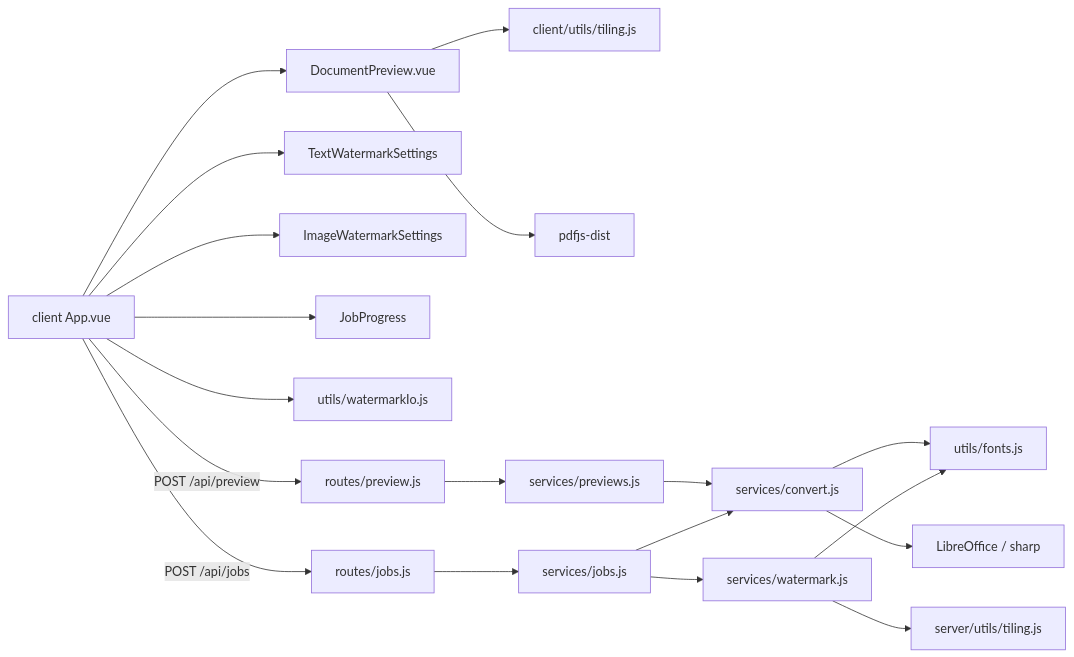
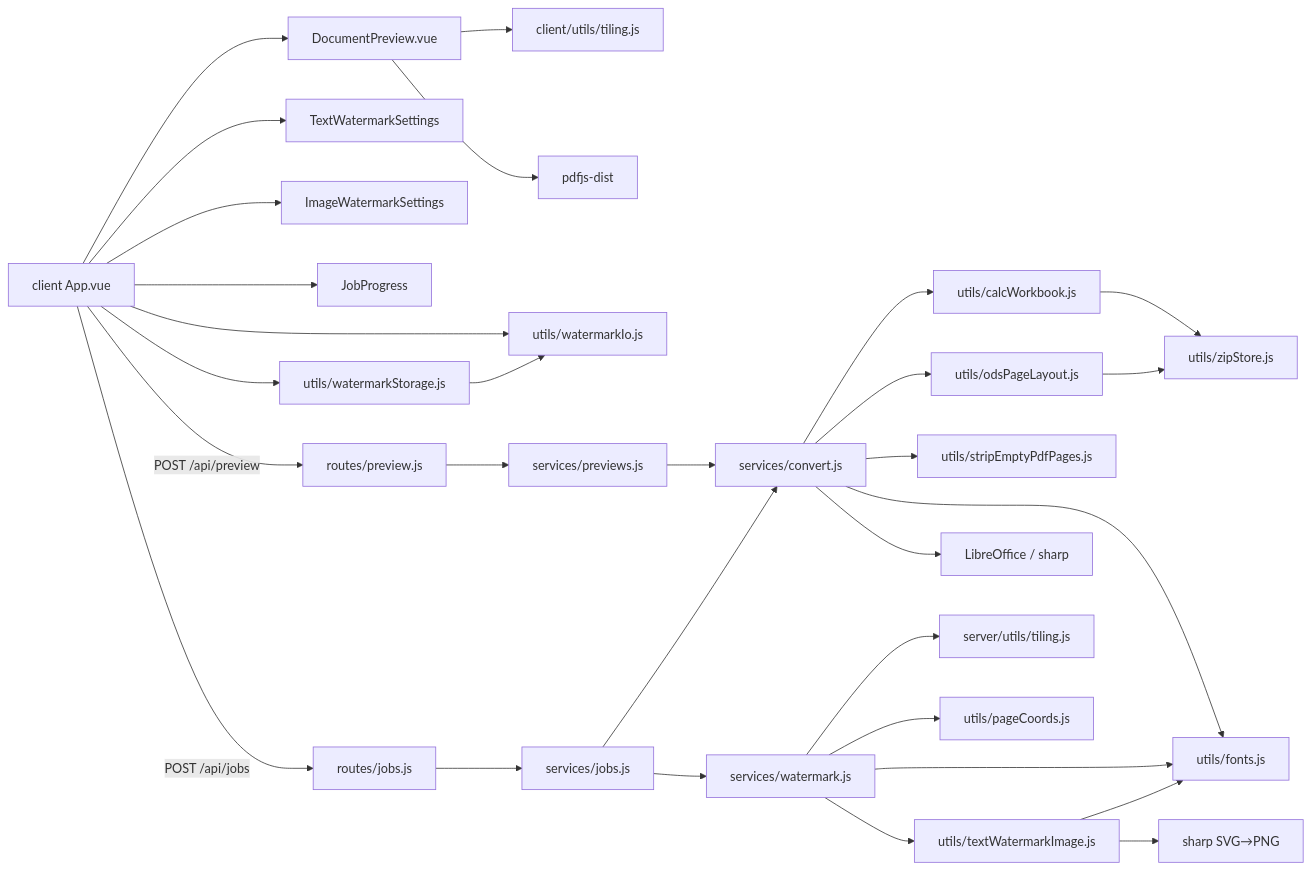
The diagram in graphify/GRAPH_REPORT.md (vitervholovi/pdf-compiler), drawn with Mermaid before and after one commit. The commit also changed other lines of this file and 37 other files, not shown here.

````diff
--- a/graphify/GRAPH_REPORT.md
+++ b/graphify/GRAPH_REPORT.md
@@ -7,21 +7,32 @@
 ```mermaid
 flowchart LR
   UI[client App.vue] --> Preview[DocumentPreview.vue]
   UI --> TextWM[TextWatermarkSettings]
   UI --> ImgWM[ImageWatermarkSettings]
   UI --> JobsUI[JobProgress]
   UI --> WmIO[utils/watermarkIo.js]
+  UI --> WmStore[utils/watermarkStorage.js]
+  WmStore --> WmIO
   Preview --> TileC[client/utils/tiling.js]
   Preview --> PdfJS[pdfjs-dist]
   UI -->|POST /api/preview| PrevR[routes/preview.js]
   UI -->|POST /api/jobs| JobsR[routes/jobs.js]
   PrevR --> Previews[services/previews.js]
   Previews --> Convert[services/convert.js]
   JobsR --> Jobs[services/jobs.js]
   Jobs --> Convert
   Jobs --> WM[services/watermark.js]
+  Convert --> CalcPrep[utils/calcWorkbook.js]
+  Convert --> OdsPatch[utils/odsPageLayout.js]
+  Convert --> StripEmpty[utils/stripEmptyPdfPages.js]
   Convert --> Fonts[utils/fonts.js]
   Convert --> LO[LibreOffice / sharp]
+  CalcPrep --> Zip[utils/zipStore.js]
+  OdsPatch --> Zip
   WM --> TileS[server/utils/tiling.js]
+  WM --> PageCoords[utils/pageCoords.js]
   WM --> Fonts
+  WM --> TextImg[utils/textWatermarkImage.js]
+  TextImg --> Fonts
+  TextImg --> Sharp[sharp SVG→PNG]
 ```
````
